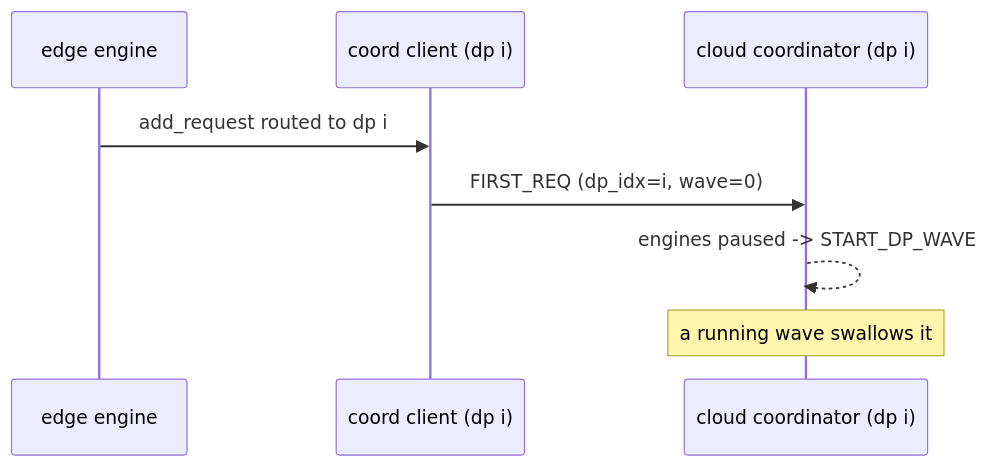
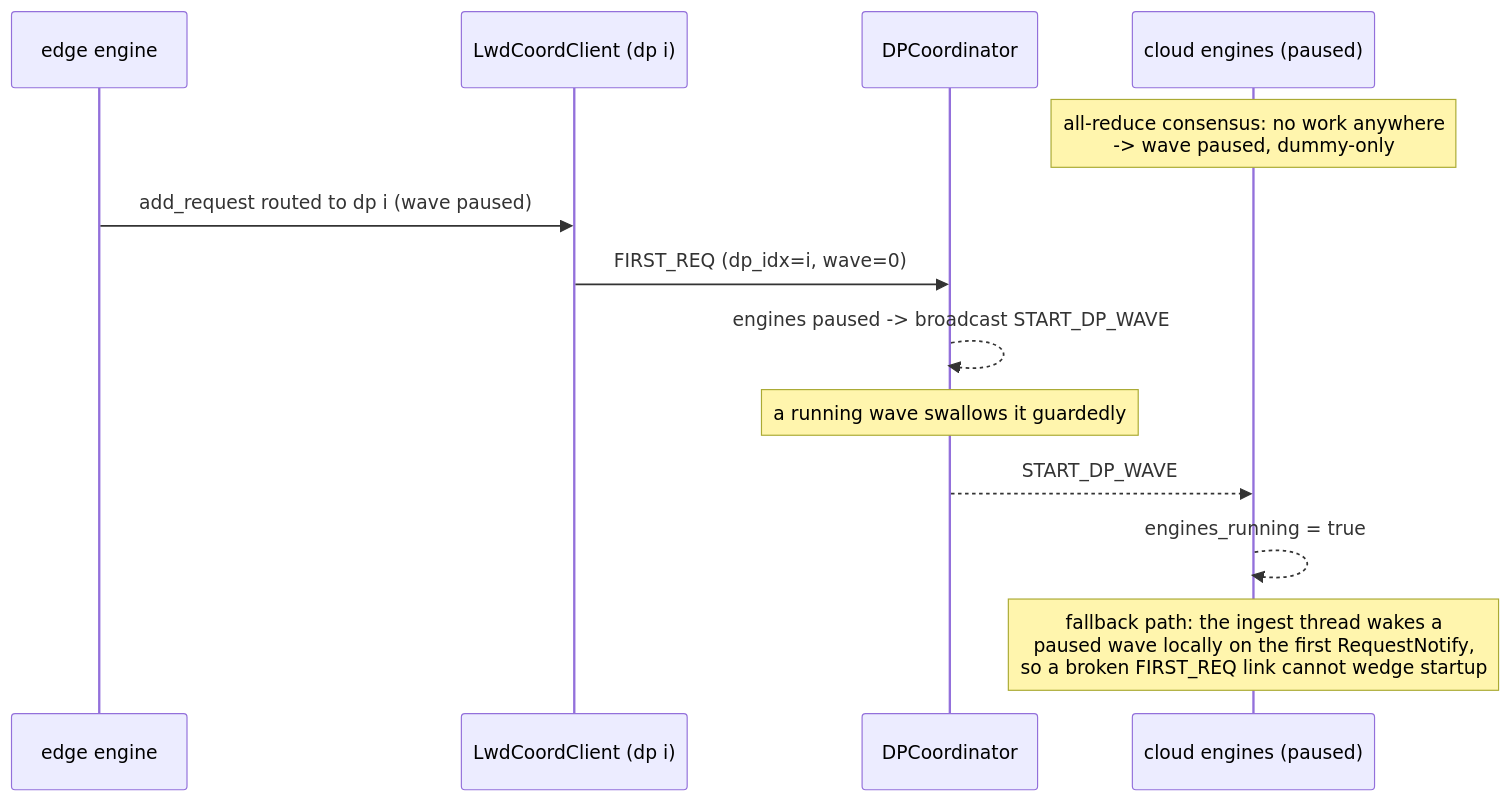
Before and after one commit to Chloe-orz/vllm-maintomain: diagram 13 of 13 in docs/design/lwd_multi_dp.md, drawn with Mermaid. The commit also changed other lines of this file, not shown here.

````diff
--- a/docs/design/lwd_multi_dp.md
+++ b/docs/design/lwd_multi_dp.md
@@ -89,10 +419,15 @@
 ```mermaid
 sequenceDiagram
     participant E as edge engine
-    participant X as coord client (dp i)
-    participant C as cloud coordinator (dp i)
-    E->>X: add_request routed to dp i
+    participant X as LwdCoordClient (dp i)
+    participant C as DPCoordinator
+    participant Eng as cloud engines (paused)
+    Note over Eng: all-reduce consensus: no work anywhere<br/>-> wave paused, dummy-only
+    E->>X: add_request routed to dp i (wave paused)
     X->>C: FIRST_REQ (dp_idx=i, wave=0)
-    C-->>C: engines paused -> START_DP_WAVE
-    Note over C: a running wave swallows it
+    C-->>C: engines paused -> broadcast START_DP_WAVE
+    Note over C: a running wave swallows it guardedly
+    C-->>Eng: START_DP_WAVE
+    Eng-->>Eng: engines_running = true
+    Note over Eng: fallback path: the ingest thread wakes a<br/>paused wave locally on the first RequestNotify,<br/>so a broken FIRST_REQ link cannot wedge startup
 ```
````
